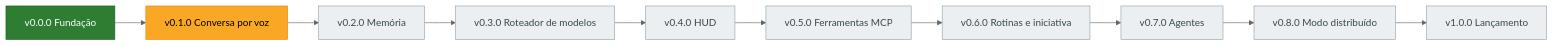
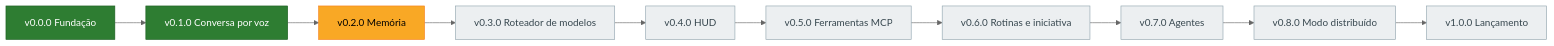
One commit to Gabitoprof/Nora changed the second of 4 diagrams in docs/MAPA_MENTAL.md. Above: the diagram before and after it, drawn with Mermaid (neutral theme). The commit also changed other lines of this file and 4 other files, not shown here.

````diff
--- a/docs/MAPA_MENTAL.md
+++ b/docs/MAPA_MENTAL.md
@@ -96,16 +96,16 @@
 ```mermaid
 flowchart LR
-  v00["v0.0.0 Fundação"]:::done --> v01["v0.1.0 Conversa por voz"]:::doing
-  v01 --> v02["v0.2.0 Memória"]:::pend
+  v00["v0.0.0 Fundação"]:::done --> v01["v0.1.0 Conversa por voz"]:::done
+  v01 --> v02["v0.2.0 Memória"]:::doing
   v02 --> v03["v0.3.0 Roteador de modelos"]:::pend
   v03 --> v04["v0.4.0 HUD"]:::pend
   v04 --> v05["v0.5.0 Ferramentas MCP"]:::pend
   v05 --> v06["v0.6.0 Rotinas e iniciativa"]:::pend
   v06 --> v07["v0.7.0 Agentes"]:::pend
   v07 --> v08["v0.8.0 Modo distribuído"]:::pend
   v08 --> v10["v1.0.0 Lançamento"]:::pend
 
   classDef done fill:#2e7d32,stroke:#1b5e20,color:#fff
   classDef doing fill:#f9a825,stroke:#f57f17,color:#000
   classDef pend fill:#eceff1,stroke:#90a4ae,color:#37474f
 ```
````
